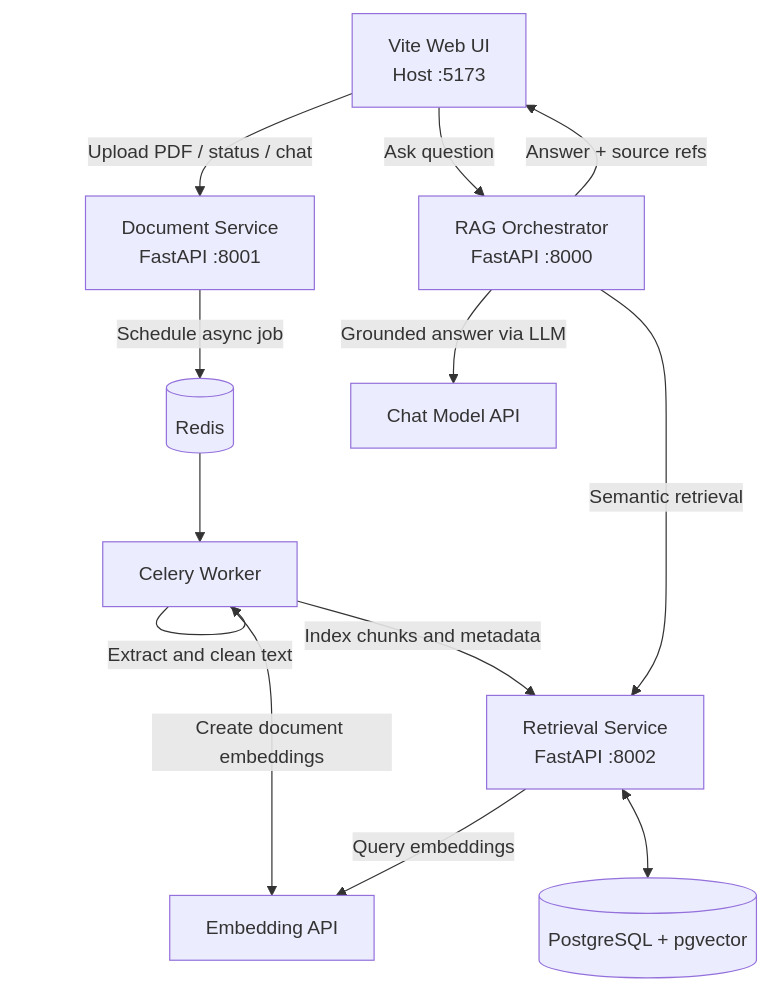
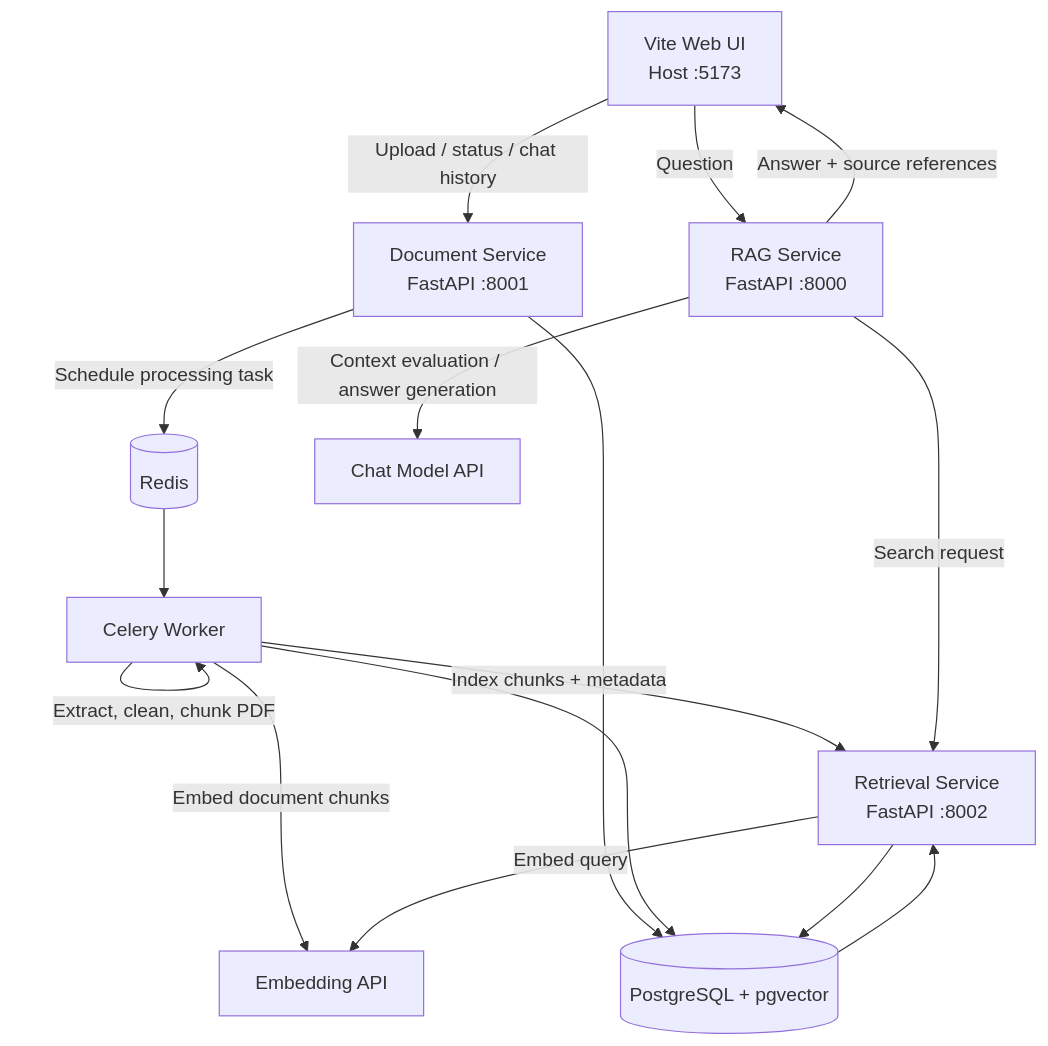
The first of 2 diagrams in README.md (Rainsh724/multi-service-rag-system), drawn with Mermaid before and after one commit. The commit also changed other lines of this file, not shown here.

Commit message:
Add the implemented LangGraph RAG agent/core architecture diagram to README

````diff
--- a/README.md
+++ b/README.md
@@ -32,26 +32,29 @@
 ```mermaid
 flowchart TB
     UI["Vite Web UI<br/>Host :5173"]
     DOC["Document Service<br/>FastAPI :8001"]
     WORKER["Celery Worker"]
     REDIS[("Redis")]
     RET["Retrieval Service<br/>FastAPI :8002"]
     DB[("PostgreSQL + pgvector")]
-    RAG["RAG Orchestrator<br/>FastAPI :8000"]
+    RAG["RAG Service<br/>FastAPI :8000"]
     EMB["Embedding API"]
     LLM["Chat Model API"]
 
-    UI -->|"Upload PDF / status / chat"| DOC
-    DOC -->|"Schedule async job"| REDIS
+    UI -->|"Upload / status / chat history"| DOC
+    DOC -->|"Schedule processing task"| REDIS
     REDIS --> WORKER
-    WORKER -->|"Extract and clean text"| WORKER
-    WORKER -->|"Create document embeddings"| EMB
-    WORKER -->|"Index chunks and metadata"| RET
-    RET <--> DB
+    WORKER -->|"Extract, clean, chunk PDF"| WORKER
+    WORKER -->|"Embed document chunks"| EMB
+    WORKER -->|"Index chunks + metadata"| RET
+    DOC --> DB
+    WORKER --> DB
+    RET --> DB
+    DB --> RET
 
-    UI -->|"Ask question"| RAG
-    RAG -->|"Semantic retrieval"| RET
-    RET -->|"Query embeddings"| EMB
-    RAG -->|"Grounded answer via LLM"| LLM
-    RAG -->|"Answer + source refs"| UI
+    UI -->|"Question"| RAG
+    RAG -->|"Search request"| RET
+    RET -->|"Embed query"| EMB
+    RAG -->|"Context evaluation / answer generation"| LLM
+    RAG -->|"Answer + source references"| UI
 ```
````
